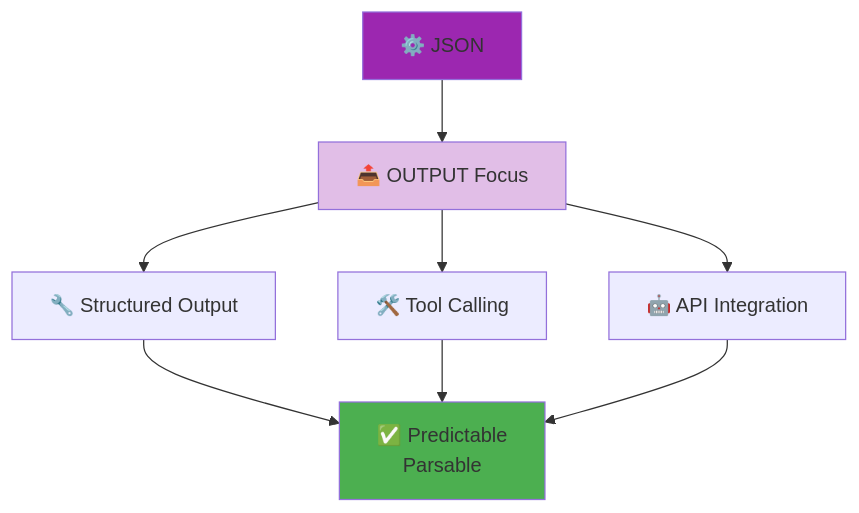
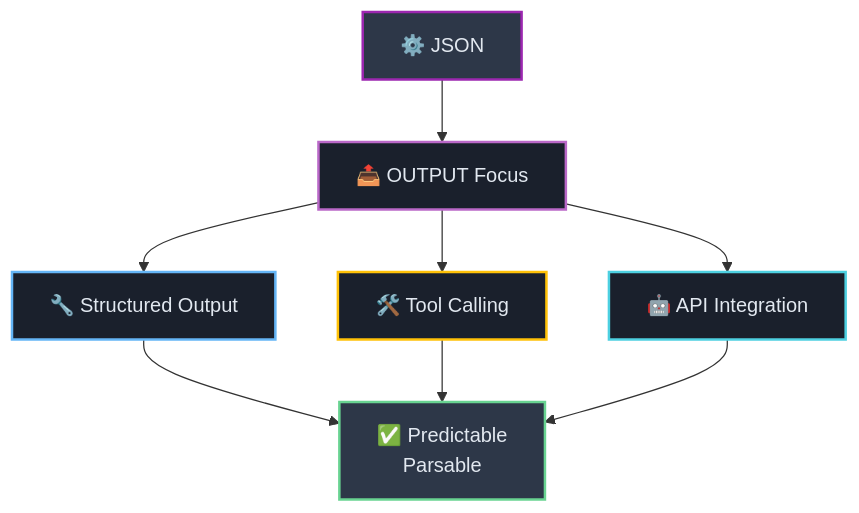
One commit to josemlopez/prompt_tutorial changed the fourth of 5 diagrams in Part_I_Section_2_Structuring_Prompts_A_Comparative_Analysis_of_Delimiters.md. Above: the diagram before and after it, drawn with Mermaid. The commit also changed other lines of this file and 7 other files, not shown here.

````diff
--- a/Part_I_Section_2_Structuring_Prompts_A_Comparative_Analysis_of_Delimiters.md
+++ b/Part_I_Section_2_Structuring_Prompts_A_Comparative_Analysis_of_Delimiters.md
@@ -165,15 +173,18 @@
 ```mermaid
 graph TB
-    A[⚙️ JSON] --> B[📤 OUTPUT Focus]
-    B --> C[🔧 Structured Output]
-    B --> D[🛠️ Tool Calling]
-    B --> E[🤖 API Integration]
-    
-    C --> F[✅ Predictable<br/>Parsable]
-    D --> F
-    E --> F
-    
-    style A fill:#9c27b0
-    style B fill:#e1bee7
-    style F fill:#4caf50
+   A[⚙️ JSON] --> B[📤 OUTPUT Focus]
+   B --> C[🔧 Structured Output]
+   B --> D[🛠️ Tool Calling]
+   B --> E[🤖 API Integration]
+   
+   C --> F[✅ Predictable<br/>Parsable]
+   D --> F
+   E --> F
+   
+   style A fill:#2d3748,stroke:#9c27b0,stroke-width:2px,color:#e2e8f0
+   style B fill:#1a202c,stroke:#ba68c8,stroke-width:2px,color:#e2e8f0
+   style C fill:#1a202c,stroke:#64b5f6,stroke-width:2px,color:#e2e8f0
+   style D fill:#1a202c,stroke:#ffc107,stroke-width:2px,color:#e2e8f0
+   style E fill:#1a202c,stroke:#4dd0e1,stroke-width:2px,color:#e2e8f0
+   style F fill:#2d3748,stroke:#68d391,stroke-width:2px,color:#e2e8f0
 ```
````
